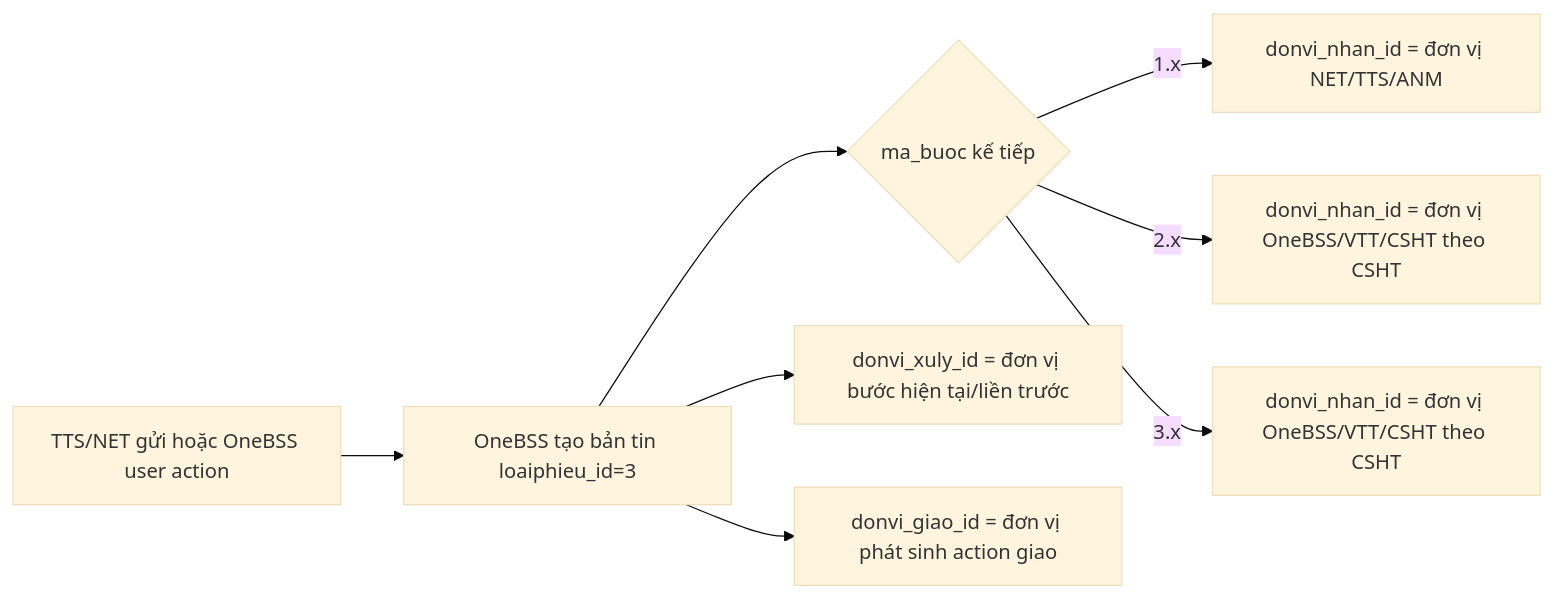
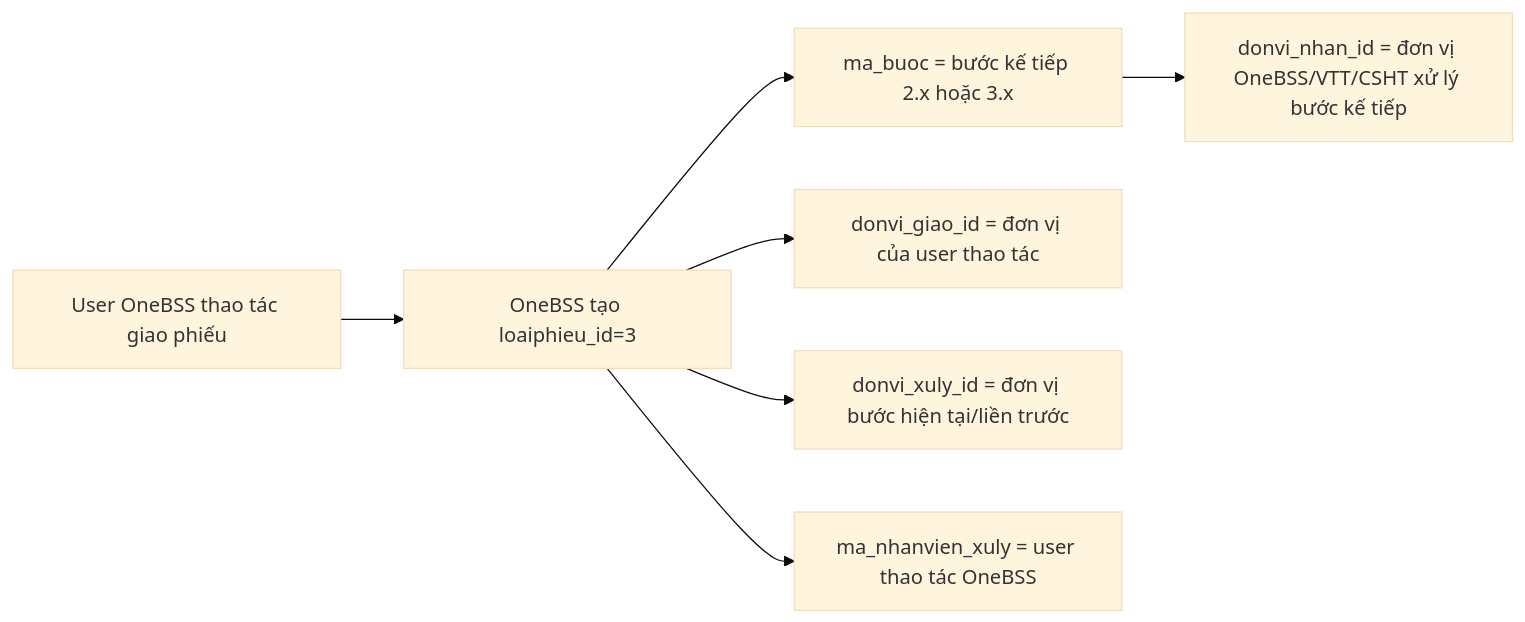
The first of 3 diagrams in 05_NET_DEV_PROTOCOL_LOAIPHIEU_ID_3.md (lqdinh/tts_bss_messaging), drawn with Mermaid (base theme) before and after one commit. The commit also changed other lines of this file, not shown here.

````diff
--- a/05_NET_DEV_PROTOCOL_LOAIPHIEU_ID_3.md
+++ b/05_NET_DEV_PROTOCOL_LOAIPHIEU_ID_3.md
@@ -80,10 +82,9 @@
 ```mermaid
 flowchart LR
-    A[TTS/NET gửi hoặc OneBSS user action] --> B[OneBSS tạo bản tin loaiphieu_id=3]
-    B --> C{ma_buoc kế tiếp}
-    C -->|1.x| D[donvi_nhan_id = đơn vị NET/TTS/ANM]
-    C -->|2.x| E[donvi_nhan_id = đơn vị OneBSS/VTT/CSHT theo CSHT]
-    C -->|3.x| F[donvi_nhan_id = đơn vị OneBSS/VTT/CSHT theo CSHT]
-    B --> G[donvi_xuly_id = đơn vị bước hiện tại/liền trước]
-    B --> H[donvi_giao_id = đơn vị phát sinh action giao]
+    A[User OneBSS thao tác giao phiếu] --> B[OneBSS tạo loaiphieu_id=3]
+    B --> C[ma_buoc = bước kế tiếp 2.x hoặc 3.x]
+    C --> D[donvi_nhan_id = đơn vị OneBSS/VTT/CSHT xử lý bước kế tiếp]
+    B --> E[donvi_giao_id = đơn vị của user thao tác]
+    B --> F[donvi_xuly_id = đơn vị bước hiện tại/liền trước]
+    B --> G[ma_nhanvien_xuly = user thao tác OneBSS]
 ```
````
